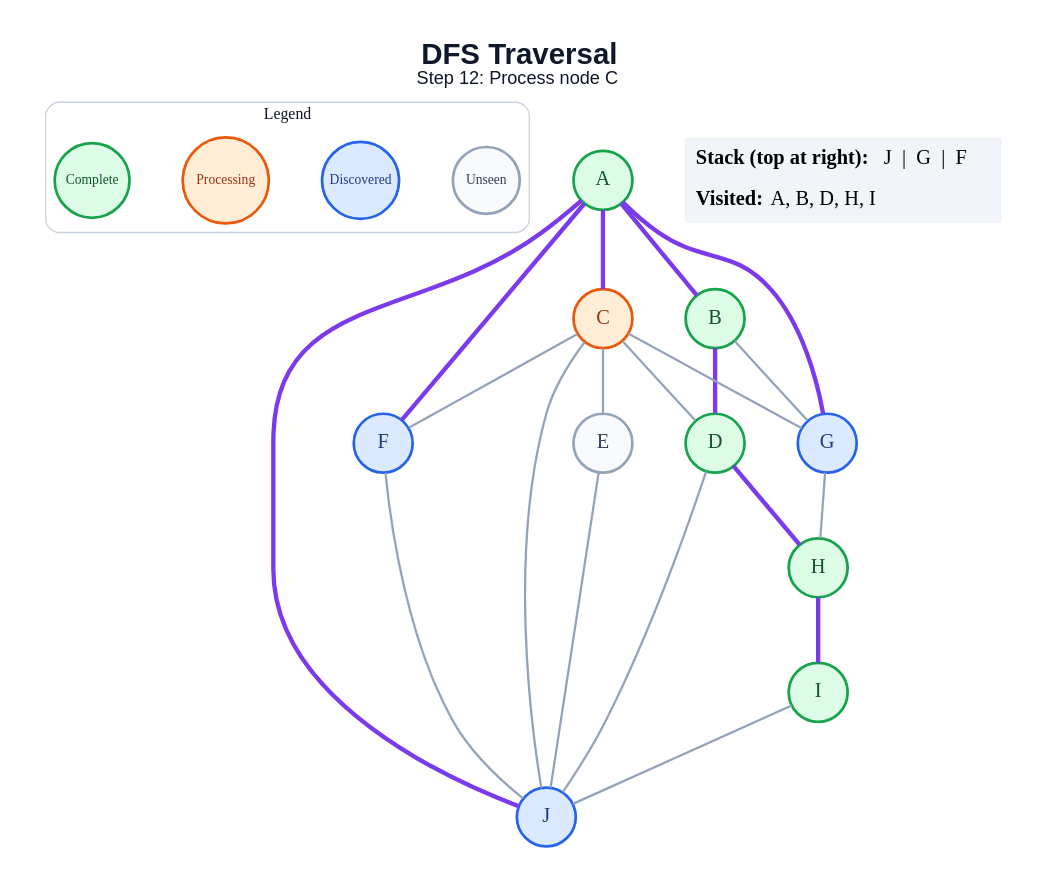
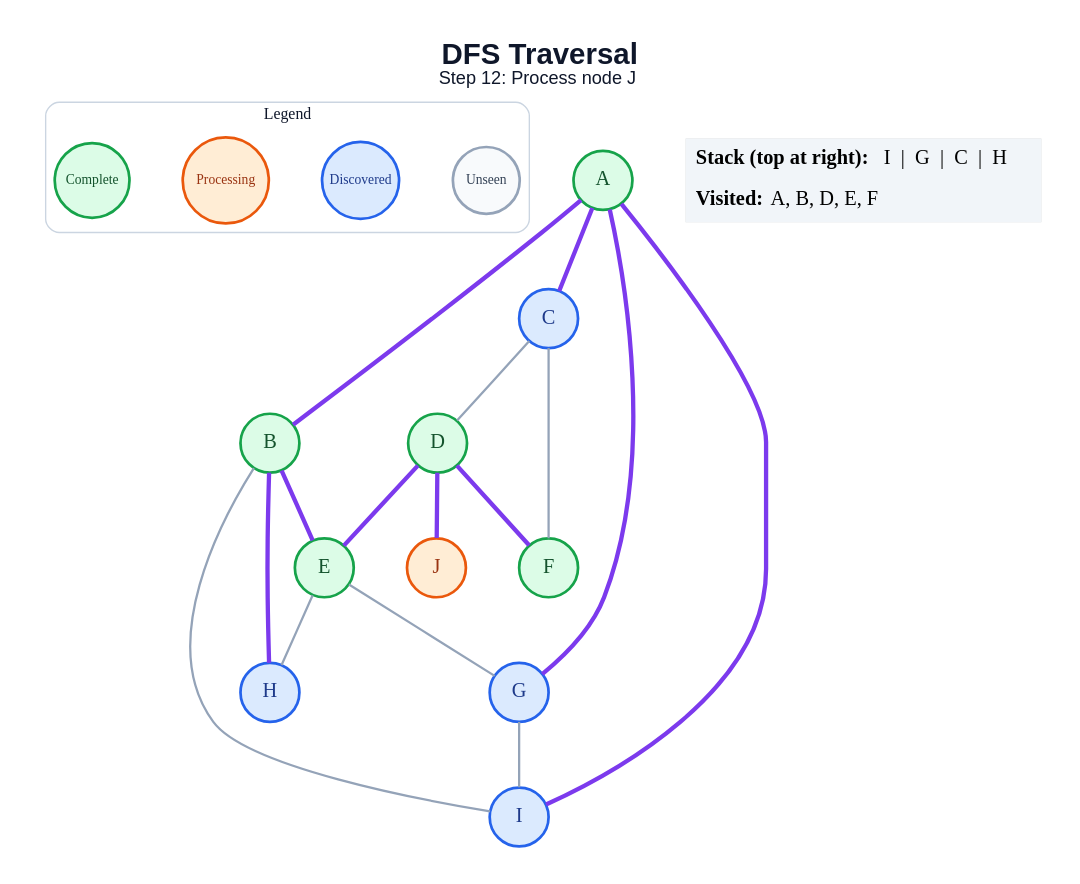
One commit to anon7238593-create/ai-slop changed the diagram in generated/dfs/step_12.dot. Above: the diagram before and after it, drawn with Graphviz. The commit also changed 178 other files, not shown here.

```diff
--- a/generated/dfs/step_12.dot
+++ b/generated/dfs/step_12.dot
@@ -1,48 +1,44 @@
 graph traversal {
   graph [layout=dot, rankdir=TB, bgcolor="#FFFFFF", pad="0.35", nodesep="0.65", ranksep="0.8", fontname="Arial"];
   node [shape=circle, style="filled", fontname="Arial Bold", fontsize=18, width=0.72, fixedsize=true, penwidth=2.4];
   edge [color="#94A3B8", penwidth=2.0];
-  label=<<B>DFS Traversal</B><BR/><FONT POINT-SIZE="16">Step 12: Process node C</FONT>>; labelloc="t"; fontsize=26; fontname="Arial"; fontcolor="#0F172A";
+  label=<<B>DFS Traversal</B><BR/><FONT POINT-SIZE="16">Step 12: Process node J</FONT>>; labelloc="t"; fontsize=26; fontname="Arial"; fontcolor="#0F172A";
   subgraph cluster_legend { label="Legend"; color="#CBD5E1"; penwidth=1.2; style="rounded"; fontsize=14; fontname="Arial Bold";
     key_unseen [label="Unseen", fillcolor="#F8FAFC", color="#94A3B8", fontcolor="#334155", fontsize=12, width=0.82];
     key_frontier [label="Discovered", fillcolor="#DBEAFE", color="#2563EB", fontcolor="#1E3A8A", fontsize=12, width=0.95];
     key_current [label="Processing", fillcolor="#FFEDD5", color="#EA580C", fontcolor="#9A3412", fontsize=12, width=1.05];
     key_done [label="Complete", fillcolor="#DCFCE7", color="#16A34A", fontcolor="#14532D", fontsize=12, width=0.92];
     { rank=same; key_unseen; key_frontier; key_current; key_done; }
   }
   A [fillcolor="#DCFCE7", color="#16A34A", fontcolor="#14532D"];
   B [fillcolor="#DCFCE7", color="#16A34A", fontcolor="#14532D"];
-  C [fillcolor="#FFEDD5", color="#EA580C", fontcolor="#9A3412"];
+  C [fillcolor="#DBEAFE", color="#2563EB", fontcolor="#1E3A8A"];
   D [fillcolor="#DCFCE7", color="#16A34A", fontcolor="#14532D"];
-  E [fillcolor="#F8FAFC", color="#94A3B8", fontcolor="#334155"];
-  F [fillcolor="#DBEAFE", color="#2563EB", fontcolor="#1E3A8A"];
+  E [fillcolor="#DCFCE7", color="#16A34A", fontcolor="#14532D"];
+  F [fillcolor="#DCFCE7", color="#16A34A", fontcolor="#14532D"];
   G [fillcolor="#DBEAFE", color="#2563EB", fontcolor="#1E3A8A"];
-  H [fillcolor="#DCFCE7", color="#16A34A", fontcolor="#14532D"];
-  I [fillcolor="#DCFCE7", color="#16A34A", fontcolor="#14532D"];
-  J [fillcolor="#DBEAFE", color="#2563EB", fontcolor="#1E3A8A"];
+  H [fillcolor="#DBEAFE", color="#2563EB", fontcolor="#1E3A8A"];
+  I [fillcolor="#DBEAFE", color="#2563EB", fontcolor="#1E3A8A"];
+  J [fillcolor="#FFEDD5", color="#EA580C", fontcolor="#9A3412"];
   A -- B [color="#7C3AED", penwidth=3.8];
   A -- C [color="#7C3AED", penwidth=3.8];
-  A -- F [color="#7C3AED", penwidth=3.8];
   A -- G [color="#7C3AED", penwidth=3.8];
-  A -- J [color="#7C3AED", penwidth=3.8];
-  B -- D [color="#7C3AED", penwidth=3.8];
-  B -- G;
+  A -- I [color="#7C3AED", penwidth=3.8];
+  B -- E [color="#7C3AED", penwidth=3.8];
+  B -- H [color="#7C3AED", penwidth=3.8];
+  B -- I;
   C -- D;
-  C -- E;
   C -- F;
-  C -- G;
-  C -- J;
-  D -- H [color="#7C3AED", penwidth=3.8];
-  D -- J;
-  E -- J;
-  F -- J;
-  G -- H;
-  H -- I [color="#7C3AED", penwidth=3.8];
-  I -- J;
+  D -- E [color="#7C3AED", penwidth=3.8];
+  D -- F [color="#7C3AED", penwidth=3.8];
+  D -- J [color="#7C3AED", penwidth=3.8];
+  E -- G;
+  E -- H;
+  G -- I;
   status [shape=plain, fixedsize=false, width=0, height=0, margin=0, label=<
     <TABLE BORDER="0" CELLBORDER="0" CELLPADDING="7" BGCOLOR="#F1F5F9">
-      <TR><TD ALIGN="LEFT"><B>Stack (top at right):</B> J  |  G  |  F</TD></TR>
-      <TR><TD ALIGN="LEFT"><B>Visited:</B> A, B, D, H, I</TD></TR>
+      <TR><TD ALIGN="LEFT"><B>Stack (top at right):</B> I  |  G  |  C  |  H</TD></TR>
+      <TR><TD ALIGN="LEFT"><B>Visited:</B> A, B, D, E, F</TD></TR>
     </TABLE>
   >];
 }
```
